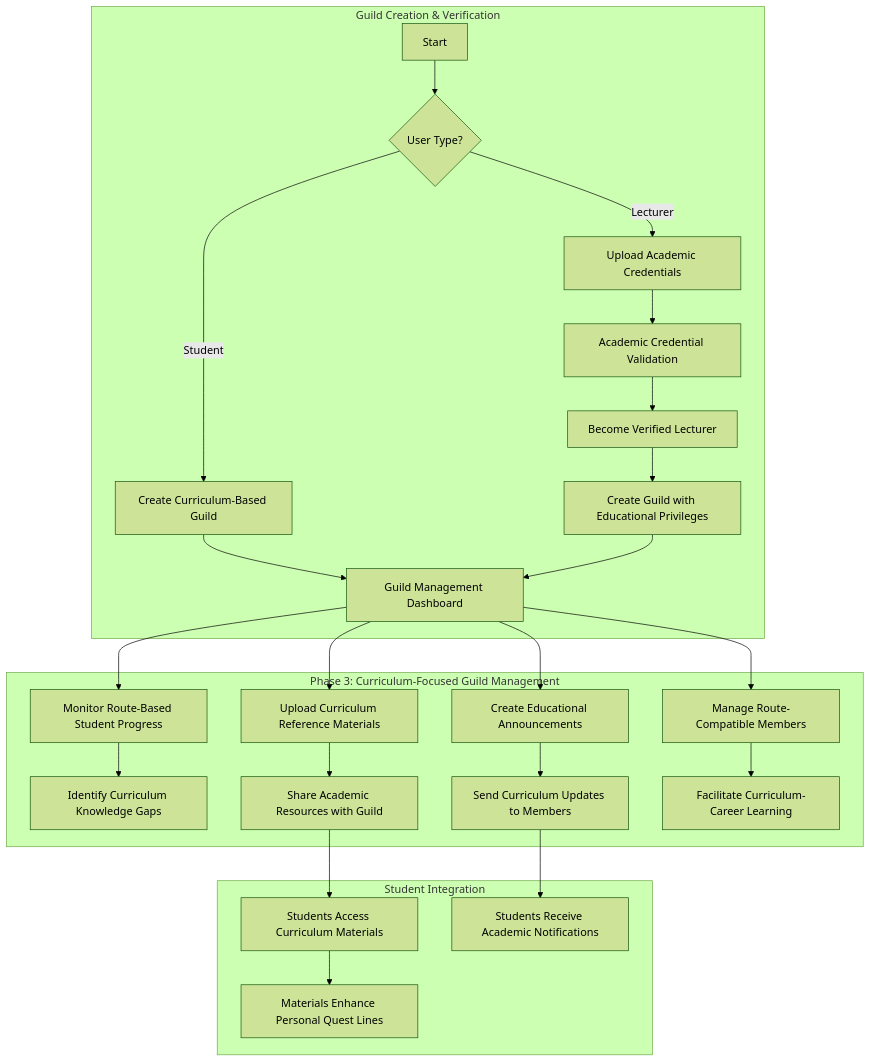
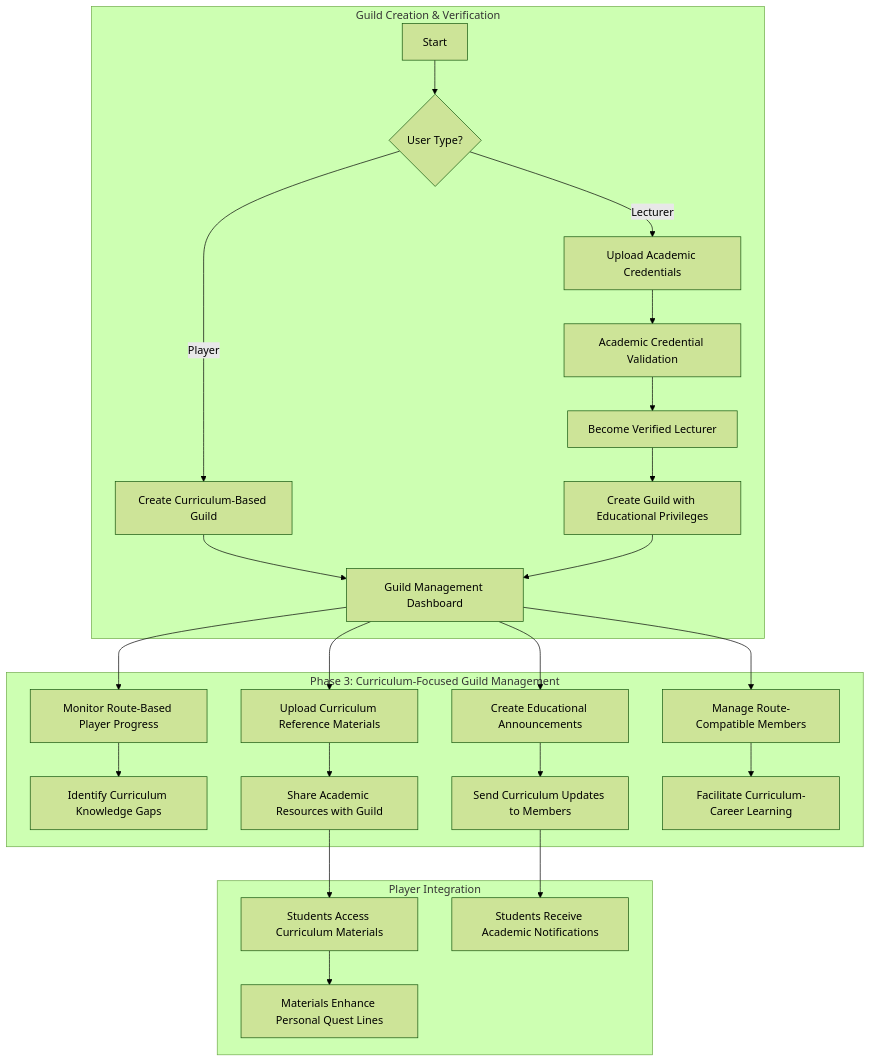
Before and after one commit to FA25SE050-RogueLearn/RogueLearn.BMAD.Documentation: the second of 4 diagrams in docs/prd/user-flows.md, drawn with Mermaid (forest theme). The commit also changed other lines of this file and 8 other files, not shown here.

First line of the commit message:
docs: update terminology from 'student' to 'player' in PRD files

````diff
--- a/docs/prd/user-flows.md
+++ b/docs/prd/user-flows.md
@@ -87,30 +87,30 @@
 ```mermaid
 graph TD
     subgraph "Guild Creation & Verification"
         A[Start] --> B{User Type?};
-        B -- Student --> C[Create Curriculum-Based Guild];
+        B -- Player --> C[Create Curriculum-Based Guild];
         B -- Lecturer --> D[Upload Academic Credentials];
         D --> E[Academic Credential Validation];
         E --> F[Become Verified Lecturer];
         F --> G[Create Guild with Educational Privileges];
         C --> H[Guild Management Dashboard];
         G --> H;
     end
 
     subgraph "Phase 3: Curriculum-Focused Guild Management"
-        H --> I[Monitor Route-Based Student Progress];
+        H --> I[Monitor Route-Based Player Progress];
         I --> J[Identify Curriculum Knowledge Gaps];
         H --> K[Upload Curriculum Reference Materials];
         K --> L[Share Academic Resources with Guild];
         H --> M[Create Educational Announcements];
         M --> N[Send Curriculum Updates to Members];
         H --> O[Manage Route-Compatible Members];
         O --> P[Facilitate Curriculum-Career Learning];
     end
 
-    subgraph "Student Integration"
+    subgraph "Player Integration"
         L --> Q[Students Access Curriculum Materials];
         Q --> R[Materials Enhance Personal Quest Lines];
         N --> S[Students Receive Academic Notifications];
     end
 ```
````
